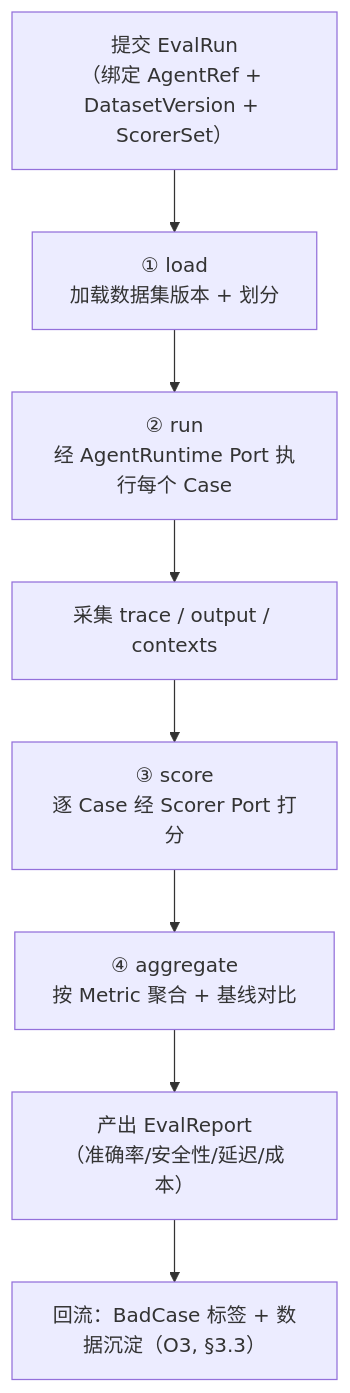
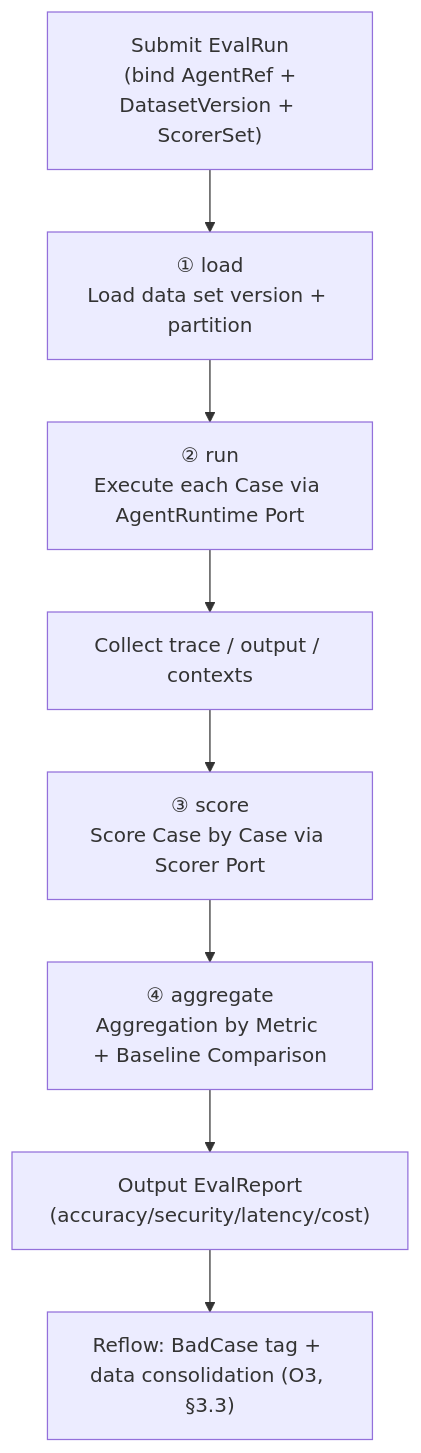
The second of 6 diagrams in design/DESIGN.md (open-strata-ai/ai-eval-service), drawn with Mermaid before and after one commit. The commit also changed other lines of this file and 11 other files, not shown here.

````diff
--- a/design/DESIGN.md
+++ b/design/DESIGN.md
@@ -132,10 +132,10 @@
 ```mermaid
 flowchart TD
-    A["提交 EvalRun<br/>（绑定 AgentRef + DatasetVersion + ScorerSet）"] --> B["① load<br/>加载数据集版本 + 划分"]
-    B --> C["② run<br/>经 AgentRuntime Port 执行每个 Case"]
-    C --> D["采集 trace / output / contexts"]
-    D --> E["③ score<br/>逐 Case 经 Scorer Port 打分"]
-    E --> F["④ aggregate<br/>按 Metric 聚合 + 基线对比"]
-    F --> G["产出 EvalReport<br/>（准确率/安全性/延迟/成本）"]
-    G --> H["回流：BadCase 标签 + 数据沉淀（O3, §3.3）"]
+    A["Submit EvalRun<br/> (bind AgentRef + DatasetVersion + ScorerSet)"] --> B["① load<br/>Load data set version + partition"]
+    B --> C["② run<br/>Execute each Case via AgentRuntime Port"]
+    C --> D["Collect trace / output / contexts"]
+    D --> E["③ score<br/>Score Case by Case via Scorer Port"]
+    E --> F["④ aggregate<br/>Aggregation by Metric + Baseline Comparison"]
+    F --> G["Output EvalReport<br/>(accuracy/security/latency/cost)"]
+    G --> H["Reflow: BadCase tag + data consolidation (O3, §3.3)"]
 ```
````
